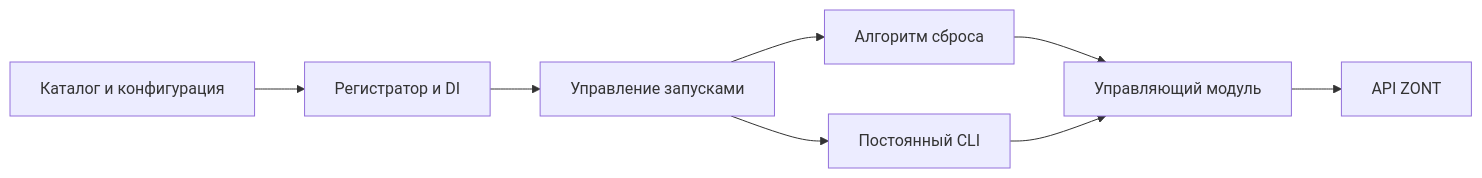
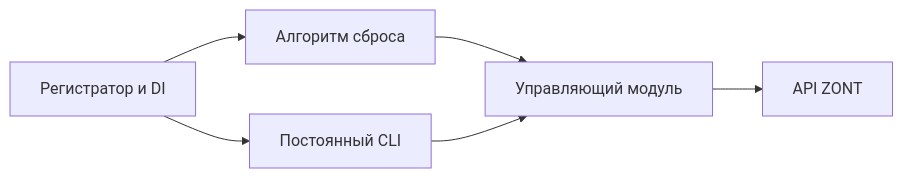
Before and after one commit to gorpsys/zontcontrol: the diagram in docs/agents/architecture.md, drawn with Mermaid. The commit also changed other lines of this file and 104 other files, not shown here.

````diff
--- a/docs/agents/architecture.md
+++ b/docs/agents/architecture.md
@@ -15,10 +10,8 @@
 ```mermaid
 flowchart LR
-    C[Каталог и конфигурация] --> R[Регистратор и DI]
-    R --> S[Управление запусками]
-    S --> A[Алгоритм сброса]
-    S --> U[Постоянный CLI]
+    R[Регистратор и DI] --> A[Алгоритм сброса]
+    R --> C[Постоянный CLI]
     A --> G[Управляющий модуль]
-    U --> G
+    C --> G
     G --> Z[API ZONT]
 ```
````
